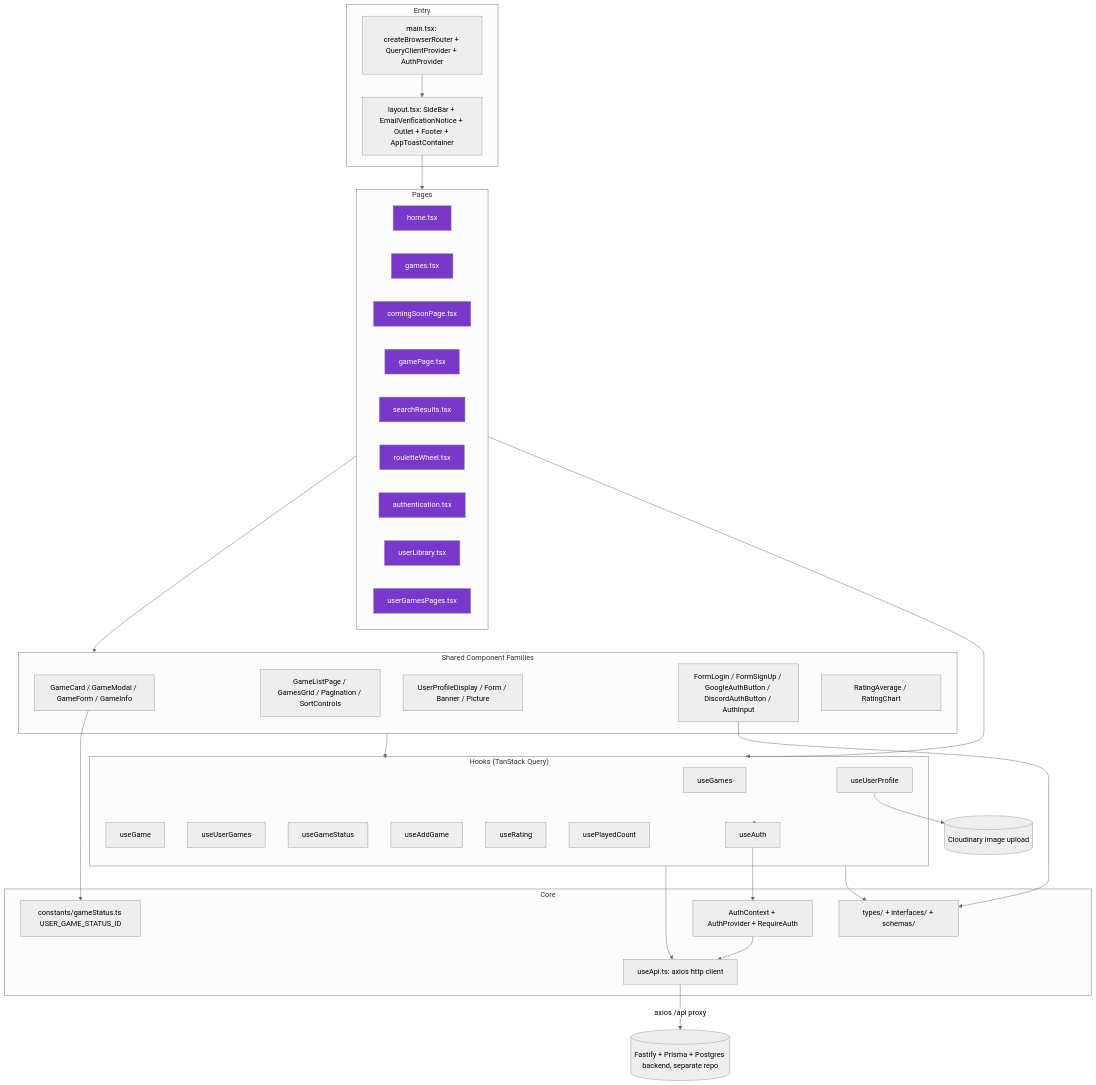
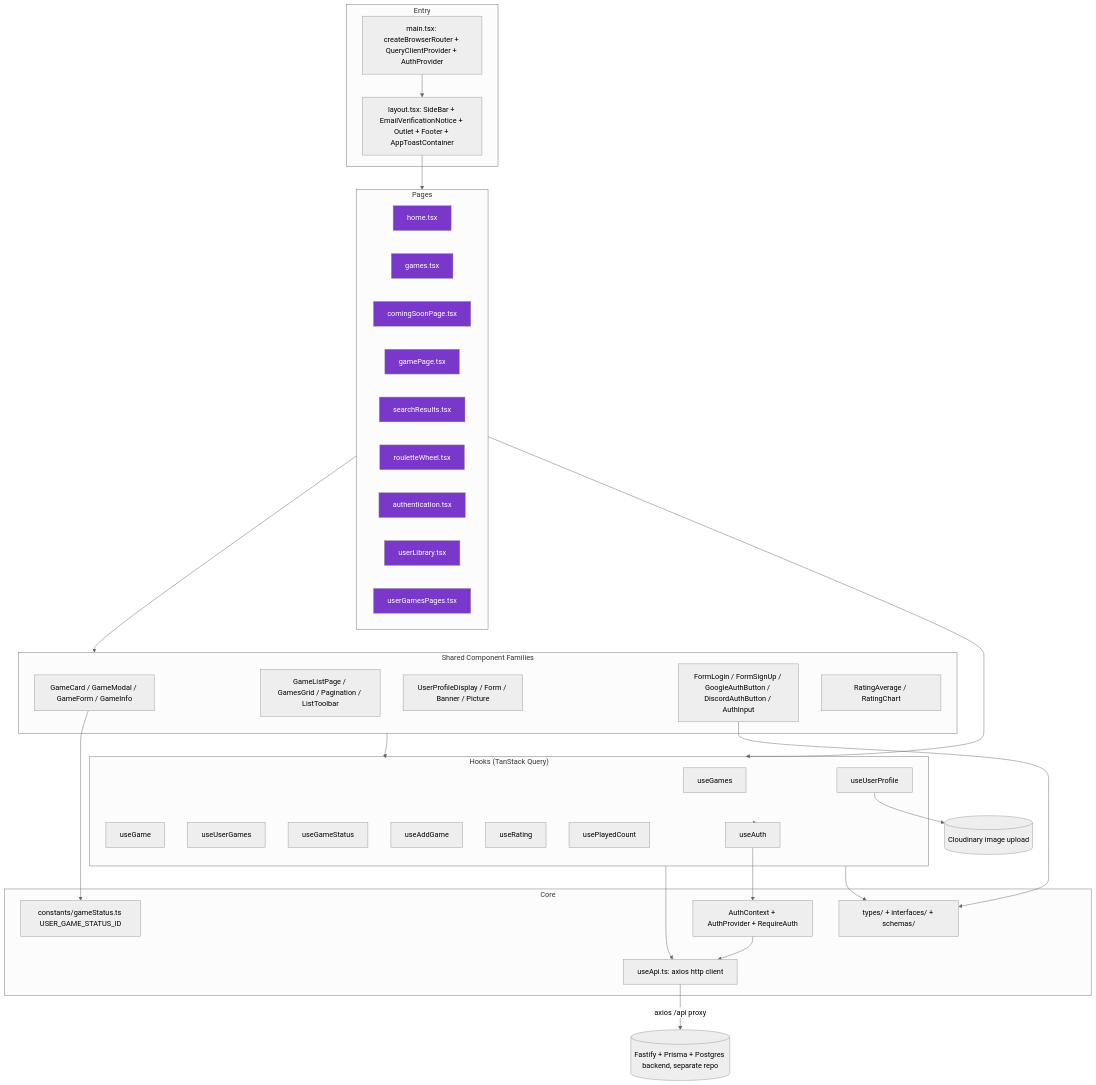
Before and after one commit to MathQuente/euzerei-front-end: the first of 2 diagrams in docs/CODEBASE_MAP.md, drawn with Mermaid (neutral theme). The commit also changed other lines of this file and 10 other files, not shown here.

````diff
--- a/docs/CODEBASE_MAP.md
+++ b/docs/CODEBASE_MAP.md
@@ -15,65 +15,65 @@
 ```mermaid
 graph TD
   subgraph Entry
     main[main.tsx: createBrowserRouter + QueryClientProvider + AuthProvider]
     layout[layout.tsx: SideBar + EmailVerificationNotice + Outlet + Footer + AppToastContainer]
   end
 
   subgraph Pages
     home[home.tsx]
     games[games.tsx]
     comingSoon[comingSoonPage.tsx]
     gamePage[gamePage.tsx]
     search[searchResults.tsx]
     roulette[rouletteWheel.tsx]
     auth[authentication.tsx]
     userLib[userLibrary.tsx]
     userLibStatus[userGamesPages.tsx]
   end
 
   subgraph SharedComponents["Shared Component Families"]
     gameFamily["GameCard / GameModal / GameForm / GameInfo"]
-    listFamily["GameListPage / GamesGrid / Pagination / SortControls"]
+    listFamily["GameListPage / GamesGrid / Pagination / ListToolbar"]
     userProfileFamily["UserProfileDisplay / Form / Banner / Picture"]
     authForms["FormLogin / FormSignUp / GoogleAuthButton / DiscordAuthButton / AuthInput"]
     ratingFamily["RatingAverage / RatingChart"]
   end
 
   subgraph Hooks["Hooks (TanStack Query)"]
     useGames_h[useGames]
     useGame_h[useGame]
     useUserGames_h[useUserGames]
     useGameStatus_h[useGameStatus]
     useAddGame_h[useAddGame]
     useRating_h[useRating]
     usePlayedCount_h[usePlayedCount]
     useUserProfile_h[useUserProfile]
     useAuth_h[useAuth]
   end
 
   subgraph Core
     api[useApi.ts: axios http client]
     authCtx[AuthContext + AuthProvider + RequireAuth]
     constants[constants/gameStatus.ts USER_GAME_STATUS_ID]
     types[types/ + interfaces/ + schemas/]
   end
 
   backend[(Fastify + Prisma + Postgres backend, separate repo)]
   cloudinary[(Cloudinary image upload)]
 
   main --> layout --> Pages
   Pages --> SharedComponents
   SharedComponents --> Hooks
   Pages --> Hooks
   Hooks --> api
   Hooks --> useAuth_h --> authCtx
   authCtx --> api
   api -->|axios /api proxy| backend
   useUserProfile_h --> cloudinary
   gameFamily --> constants
   authForms --> types
   Hooks --> types
 
   classDef page fill:#7A38CA,color:#fff;
   class home,games,comingSoon,gamePage,search,roulette,auth,userLib,userLibStatus page;
 ```
````
